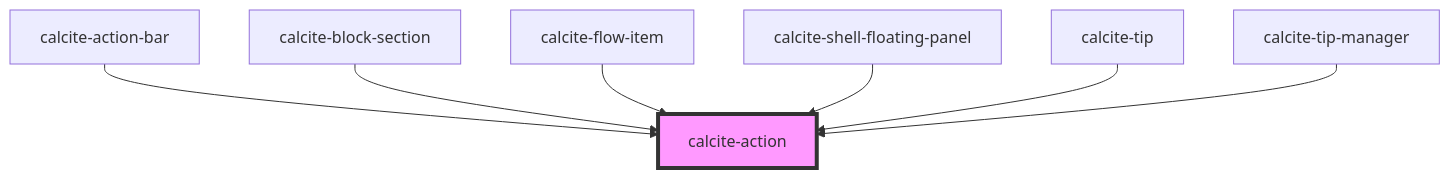
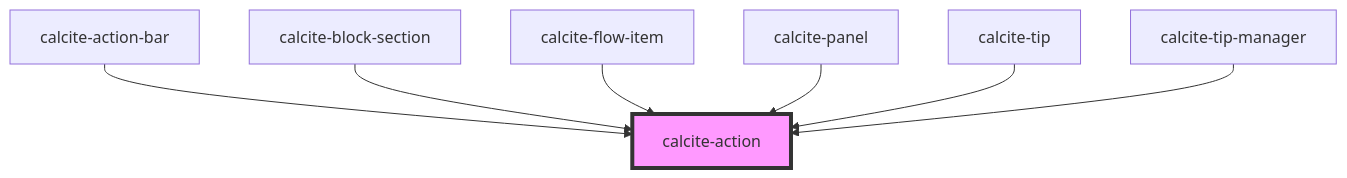
The diagram in src/components/calcite-action/readme.md (Esri/calcite-app-components), drawn with Mermaid before and after one commit. The commit also changed other lines of this file and 13 other files, not shown here.

````diff
--- a/src/components/calcite-action/readme.md
+++ b/src/components/calcite-action/readme.md
@@ -35,10 +35,10 @@
 ```mermaid
 graph TD;
   calcite-action-bar --> calcite-action
   calcite-block-section --> calcite-action
   calcite-flow-item --> calcite-action
-  calcite-shell-floating-panel --> calcite-action
+  calcite-panel --> calcite-action
   calcite-tip --> calcite-action
   calcite-tip-manager --> calcite-action
   style calcite-action fill:#f9f,stroke:#333,stroke-width:4px
 ```
````
